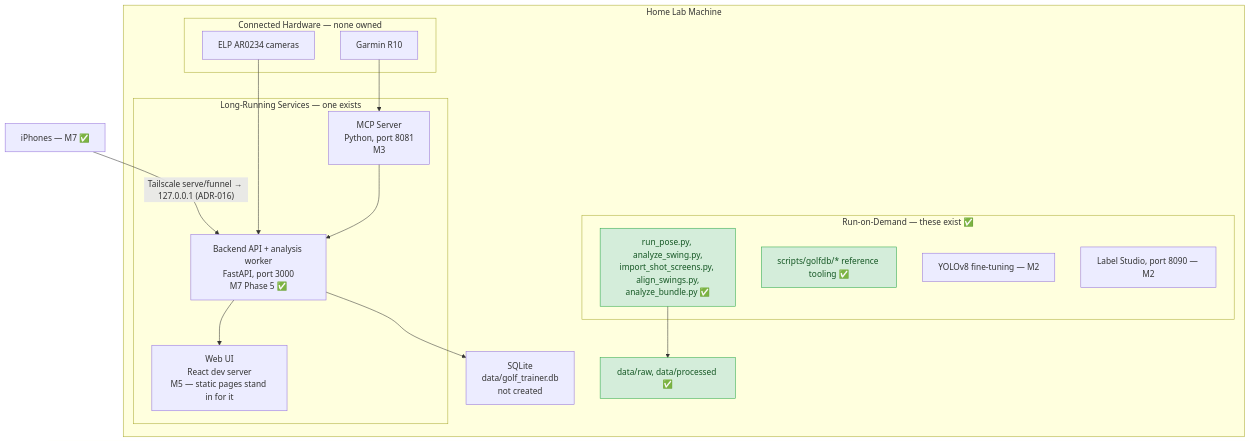
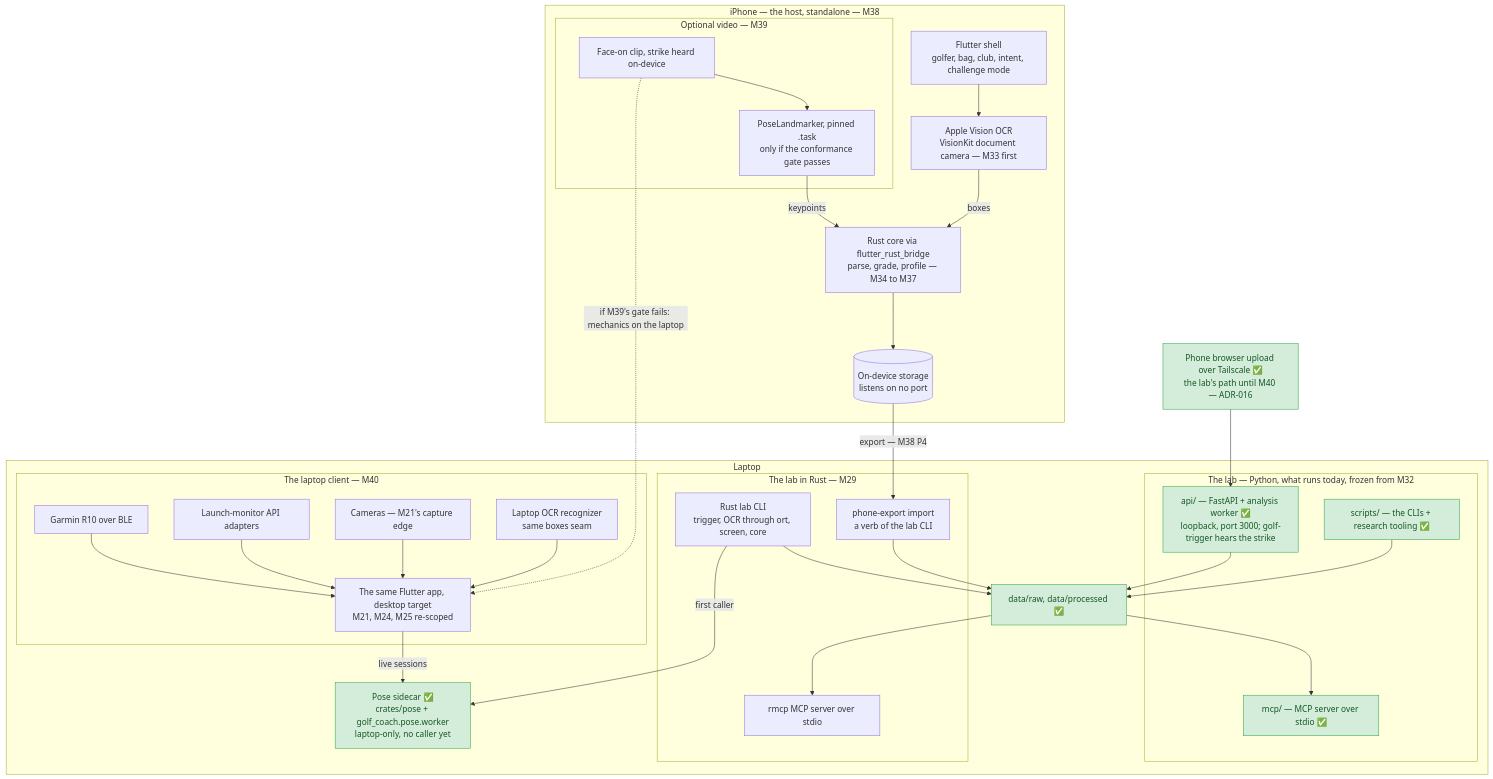
Before and after one commit to MildTreeRat/golf-coach: the fourth of 5 diagrams in docs/FLOW.md, drawn with Mermaid. The commit also changed other lines of this file and 27 other files, not shown here.

````diff
--- a/docs/FLOW.md
+++ b/docs/FLOW.md
@@ -236,33 +352,59 @@
 ```mermaid
 graph TB
-    subgraph HomeLab ["Home Lab Machine"]
-        subgraph Services ["Long-Running Services — one exists"]
-            MCP_SRV["MCP Server<br/>Python, port 8081<br/>M3"]
-            API["Backend API + analysis worker<br/>FastAPI, port 3000<br/>M7 Phase 5 ✅"]
-            WEB["Web UI<br/>React dev server<br/>M5 — static pages stand in for it"]
+    subgraph IPHONE["iPhone — the host, standalone — M38"]
+        SHELL["Flutter shell<br/>golfer, bag, club, intent, challenge mode"]
+        VISION["Apple Vision OCR<br/>VisionKit document camera — M33 first"]
+        CORE["Rust core via flutter_rust_bridge<br/>parse, grade, profile — M34 to M37"]
+        STORE[("On-device storage<br/>listens on no port")]
+        subgraph OPTIONAL["Optional video — M39"]
+            CLIP["Face-on clip, strike heard on-device"]
+            POSE_IOS["PoseLandmarker, pinned .task<br/>only if the conformance gate passes"]
         end
-        subgraph Scripts ["Run-on-Demand — these exist ✅"]
-            CLIS["run_pose.py, analyze_swing.py,<br/>import_shot_screens.py, align_swings.py,<br/>analyze_bundle.py ✅"]
-            RESEARCH["scripts/golfdb/* reference tooling ✅"]
-            TRAIN["YOLOv8 fine-tuning — M2"]
-            LABEL["Label Studio, port 8090 — M2"]
-        end
-        subgraph HW ["Connected Hardware — none owned"]
-            CAM_HW["ELP AR0234 cameras"]
-            LM_HW2["Garmin R10"]
-        end
-        DB_FILE["SQLite<br/>data/golf_trainer.db<br/>not created"]
-        FILES["data/raw, data/processed ✅"]
+        SHELL --> VISION -->|"boxes"| CORE
+        CORE --> STORE
+        CLIP --> POSE_IOS -->|"keypoints"| CORE
     end
 
-    PHONE["iPhones — M7 ✅"] -->|"Tailscale serve/funnel → 127.0.0.1 (ADR-016)"| API
-    CAM_HW --> API
-    LM_HW2 --> MCP_SRV
-    MCP_SRV --> API
-    API --> DB_FILE
-    API --> WEB
-    CLIS --> FILES
+    subgraph LAPTOP["Laptop"]
+        subgraph LABPY["The lab — Python, what runs today, frozen from M32"]
+            API["api/ — FastAPI + analysis worker ✅<br/>loopback, port 3000; golf-trigger hears the strike"]
+            MCP_SRV["mcp/ — MCP server over stdio ✅"]
+            CLIS["scripts/ — the CLIs + research tooling ✅"]
+        end
+        FILES["data/raw, data/processed ✅"]
+        subgraph LABRS["The lab in Rust — M29"]
+            LABCLI["Rust lab CLI<br/>trigger, OCR through ort, screen, core"]
+            IMPORT["phone-export import<br/>a verb of the lab CLI"]
+            RMCP["rmcp MCP server over stdio"]
+        end
+        API --> FILES
+        CLIS --> FILES
+        FILES --> MCP_SRV
+        LABCLI --> FILES
+        IMPORT --> FILES
+        FILES --> RMCP
+        SIDECAR["Pose sidecar ✅<br/>crates/pose + golf_coach.pose.worker<br/>laptop-only, no caller yet"]
+        subgraph CLIENT["The laptop client — M40"]
+            DESK["The same Flutter app, desktop target<br/>M21, M24, M25 re-scoped"]
+            R10["Garmin R10 over BLE"]
+            LMAPI["Launch-monitor API adapters"]
+            CAMS["Cameras — M21's capture edge"]
+            LOCR["Laptop OCR recognizer<br/>same boxes seam"]
+            R10 --> DESK
+            LMAPI --> DESK
+            CAMS --> DESK
+            LOCR --> DESK
+        end
+        LABCLI -->|"first caller"| SIDECAR
+        DESK -->|"live sessions"| SIDECAR
+    end
+
+    BROWSER["Phone browser upload over Tailscale ✅<br/>the lab's path until M40 — ADR-016"]
+
+    STORE -->|"export — M38 P4"| IMPORT
+    BROWSER --> API
+    CLIP -.->|"if M39's gate fails: mechanics on the laptop"| DESK
 
     classDef built fill:#d4edda,stroke:#28a745,color:#155724;
-    class CLIS,RESEARCH,FILES built;
+    class API,MCP_SRV,CLIS,FILES,SIDECAR,BROWSER built;
 ```
````
